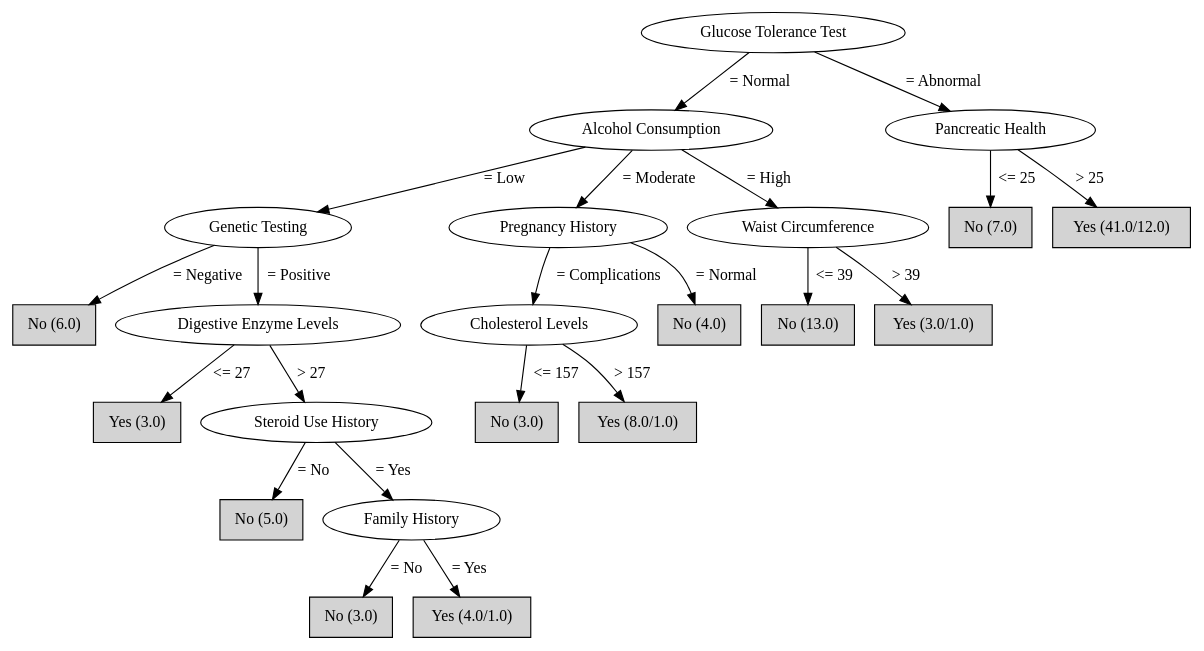
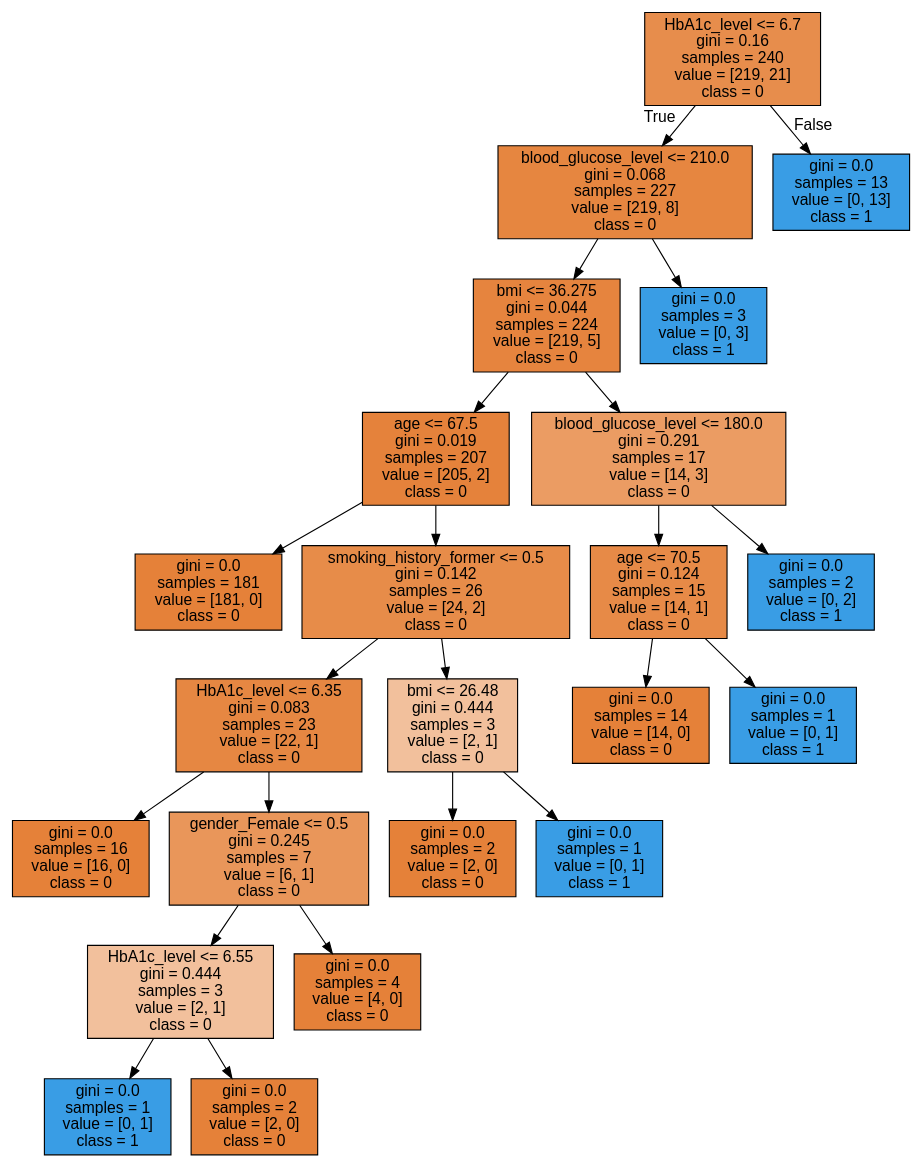
One commit to BleeeesJc/SisIII changed the diagram in static/tree.dot. Above: the diagram before and after it, drawn with Graphviz. The commit also changed 4 other files, not shown here.

```diff
--- a/static/tree.dot
+++ b/static/tree.dot
@@ -1,45 +1,49 @@
-digraph J48Tree {
-N0 [label="Glucose Tolerance Test" ]
-N0->N1 [label="= Normal"]
-N1 [label="Alcohol Consumption" ]
-N1->N2 [label="= Low"]
-N2 [label="Genetic Testing" ]
-N2->N3 [label="= Negative"]
-N3 [label="No (6.0)" shape=box style=filled ]
-N2->N4 [label="= Positive"]
-N4 [label="Digestive Enzyme Levels" ]
-N4->N5 [label="<= 27"]
-N5 [label="Yes (3.0)" shape=box style=filled ]
-N4->N6 [label="> 27"]
-N6 [label="Steroid Use History" ]
-N6->N7 [label="= No"]
-N7 [label="No (5.0)" shape=box style=filled ]
-N6->N8 [label="= Yes"]
-N8 [label="Family History" ]
-N8->N9 [label="= No"]
-N9 [label="No (3.0)" shape=box style=filled ]
-N8->N10 [label="= Yes"]
-N10 [label="Yes (4.0/1.0)" shape=box style=filled ]
-N1->N11 [label="= Moderate"]
-N11 [label="Pregnancy History" ]
-N11->N12 [label="= Complications"]
-N12 [label="Cholesterol Levels" ]
-N12->N13 [label="<= 157"]
-N13 [label="No (3.0)" shape=box style=filled ]
-N12->N14 [label="> 157"]
-N14 [label="Yes (8.0/1.0)" shape=box style=filled ]
-N11->N15 [label="= Normal"]
-N15 [label="No (4.0)" shape=box style=filled ]
-N1->N16 [label="= High"]
-N16 [label="Waist Circumference" ]
-N16->N17 [label="<= 39"]
-N17 [label="No (13.0)" shape=box style=filled ]
-N16->N18 [label="> 39"]
-N18 [label="Yes (3.0/1.0)" shape=box style=filled ]
-N0->N19 [label="= Abnormal"]
-N19 [label="Pancreatic Health" ]
-N19->N20 [label="<= 25"]
-N20 [label="No (7.0)" shape=box style=filled ]
-N19->N21 [label="> 25"]
-N21 [label="Yes (41.0/12.0)" shape=box style=filled ]
+digraph Tree {
+node [shape=box, style="filled", color="black", fontname="helvetica"] ;
+edge [fontname="helvetica"] ;
+0 [label="HbA1c_level <= 6.7\ngini = 0.16\nsamples = 240\nvalue = [219, 21]\nclass = 0", fillcolor="#e78d4c"] ;
+1 [label="blood_glucose_level <= 210.0\ngini = 0.068\nsamples = 227\nvalue = [219, 8]\nclass = 0", fillcolor="#e68640"] ;
+0 -> 1 [labeldistance=2.5, labelangle=45, headlabel="True"] ;
+2 [label="bmi <= 36.275\ngini = 0.044\nsamples = 224\nvalue = [219, 5]\nclass = 0", fillcolor="#e6843e"] ;
+1 -> 2 ;
+3 [label="age <= 67.5\ngini = 0.019\nsamples = 207\nvalue = [205, 2]\nclass = 0", fillcolor="#e5823b"] ;
+2 -> 3 ;
+4 [label="gini = 0.0\nsamples = 181\nvalue = [181, 0]\nclass = 0", fillcolor="#e58139"] ;
+3 -> 4 ;
+5 [label="smoking_history_former <= 0.5\ngini = 0.142\nsamples = 26\nvalue = [24, 2]\nclass = 0", fillcolor="#e78c49"] ;
+3 -> 5 ;
+6 [label="HbA1c_level <= 6.35\ngini = 0.083\nsamples = 23\nvalue = [22, 1]\nclass = 0", fillcolor="#e68742"] ;
+5 -> 6 ;
+7 [label="gini = 0.0\nsamples = 16\nvalue = [16, 0]\nclass = 0", fillcolor="#e58139"] ;
+6 -> 7 ;
+8 [label="gender_Female <= 0.5\ngini = 0.245\nsamples = 7\nvalue = [6, 1]\nclass = 0", fillcolor="#e9965a"] ;
+6 -> 8 ;
+9 [label="HbA1c_level <= 6.55\ngini = 0.444\nsamples = 3\nvalue = [2, 1]\nclass = 0", fillcolor="#f2c09c"] ;
+8 -> 9 ;
+10 [label="gini = 0.0\nsamples = 1\nvalue = [0, 1]\nclass = 1", fillcolor="#399de5"] ;
+9 -> 10 ;
+11 [label="gini = 0.0\nsamples = 2\nvalue = [2, 0]\nclass = 0", fillcolor="#e58139"] ;
+9 -> 11 ;
+12 [label="gini = 0.0\nsamples = 4\nvalue = [4, 0]\nclass = 0", fillcolor="#e58139"] ;
+8 -> 12 ;
+13 [label="bmi <= 26.48\ngini = 0.444\nsamples = 3\nvalue = [2, 1]\nclass = 0", fillcolor="#f2c09c"] ;
+5 -> 13 ;
+14 [label="gini = 0.0\nsamples = 2\nvalue = [2, 0]\nclass = 0", fillcolor="#e58139"] ;
+13 -> 14 ;
+15 [label="gini = 0.0\nsamples = 1\nvalue = [0, 1]\nclass = 1", fillcolor="#399de5"] ;
+13 -> 15 ;
+16 [label="blood_glucose_level <= 180.0\ngini = 0.291\nsamples = 17\nvalue = [14, 3]\nclass = 0", fillcolor="#eb9c63"] ;
+2 -> 16 ;
+17 [label="age <= 70.5\ngini = 0.124\nsamples = 15\nvalue = [14, 1]\nclass = 0", fillcolor="#e78a47"] ;
+16 -> 17 ;
+18 [label="gini = 0.0\nsamples = 14\nvalue = [14, 0]\nclass = 0", fillcolor="#e58139"] ;
+17 -> 18 ;
+19 [label="gini = 0.0\nsamples = 1\nvalue = [0, 1]\nclass = 1", fillcolor="#399de5"] ;
+17 -> 19 ;
+20 [label="gini = 0.0\nsamples = 2\nvalue = [0, 2]\nclass = 1", fillcolor="#399de5"] ;
+16 -> 20 ;
+21 [label="gini = 0.0\nsamples = 3\nvalue = [0, 3]\nclass = 1", fillcolor="#399de5"] ;
+1 -> 21 ;
+22 [label="gini = 0.0\nsamples = 13\nvalue = [0, 13]\nclass = 1", fillcolor="#399de5"] ;
+0 -> 22 [labeldistance=2.5, labelangle=-45, headlabel="False"] ;
 }
```
